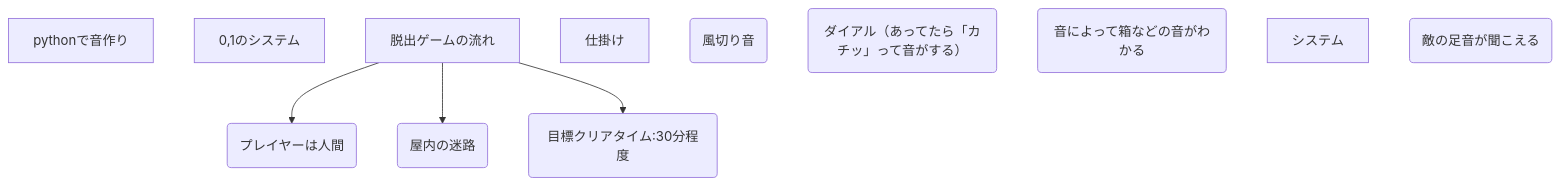
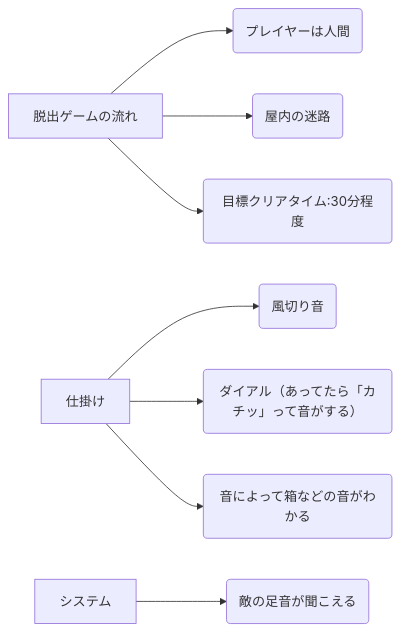
The diagram in README.md (EyeTracker-123/UnityProject), drawn with Mermaid before and after one commit.

````diff
--- a/README.md
+++ b/README.md
@@ -3,29 +3,34 @@
 ```mermaid
-flowchart
+flowchart LR
 
-a[pythonで音作り]
 
-a2[0,1のシステム]
 
 b[脱出ゲームの流れ]
 
 b0(プレイヤーは人間)
 b1(屋内の迷路)
 b2(目標クリアタイム:30分程度)
 
 b --> b0
 b --> b1
 b --> b2
 
 x[仕掛け]
 
 x0(風切り音)
 x1(ダイアル（あってたら「カチッ」って音がする）)
 x2(音によって箱などの音がわかる)
 
+x --> x0
+x --> x1
+x --> x2
+
+
+
 s[システム]
 
 s0(敵の足音が聞こえる)
 
+s --> s0
 
 ```
````
